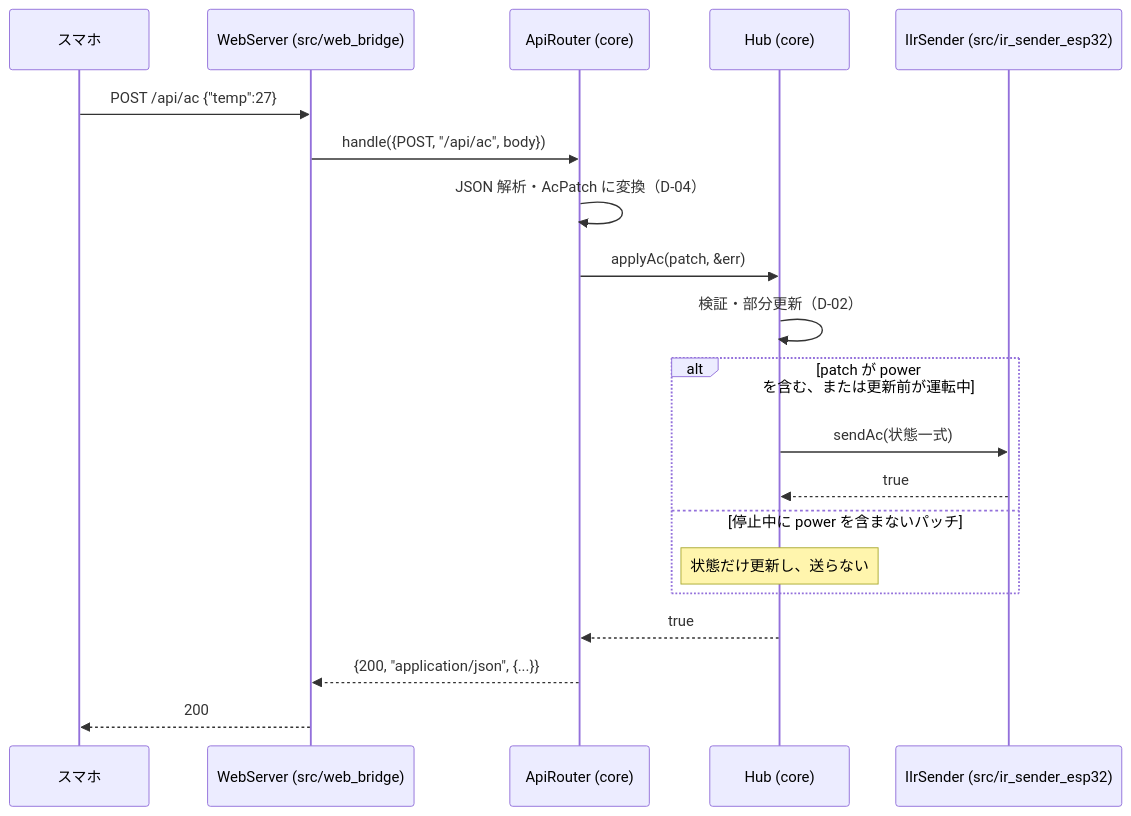
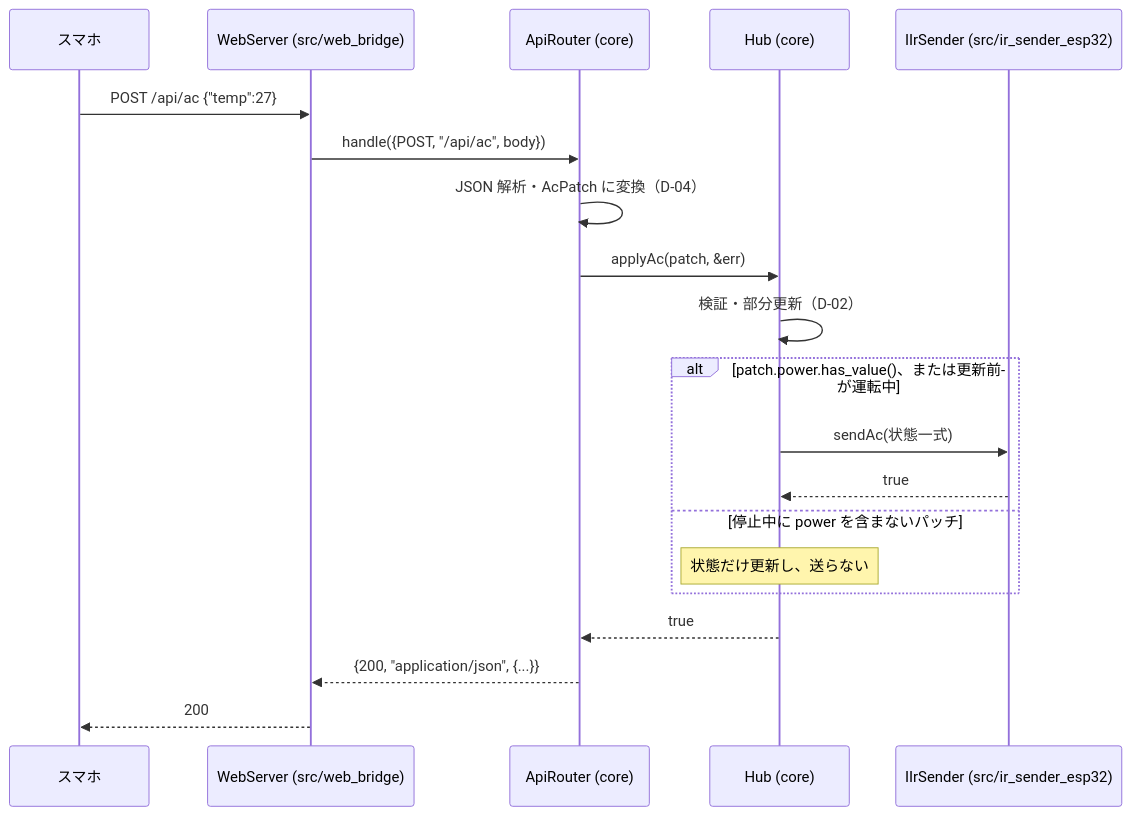
Before and after one commit to Kento3019/irhub-loop-kit: the second of 3 diagrams in docs/design/01-architecture.md, drawn with Mermaid. The commit also changed other lines of this file and 4 other files, not shown here.

````diff
--- a/docs/design/01-architecture.md
+++ b/docs/design/01-architecture.md
@@ -294,22 +295,22 @@
 ```mermaid
 sequenceDiagram
   participant Phone as スマホ
   participant WS as WebServer (src/web_bridge)
   participant R as ApiRouter (core)
   participant H as Hub (core)
   participant IR as IIrSender (src/ir_sender_esp32)
   Phone->>WS: POST /api/ac {"temp":27}
   WS->>R: handle({POST, "/api/ac", body})
   R->>R: JSON 解析・AcPatch に変換（D-04）
   R->>H: applyAc(patch, &err)
   H->>H: 検証・部分更新（D-02）
-  alt patch が power を含む、または更新前が運転中
+  alt patch.power.has_value()、または更新前が運転中
     H->>IR: sendAc(状態一式)
     IR-->>H: true
   else 停止中に power を含まないパッチ
     Note over H: 状態だけ更新し、送らない
   end
   H-->>R: true
   R-->>WS: {200, "application/json", {...}}
   WS-->>Phone: 200
 ```
````
